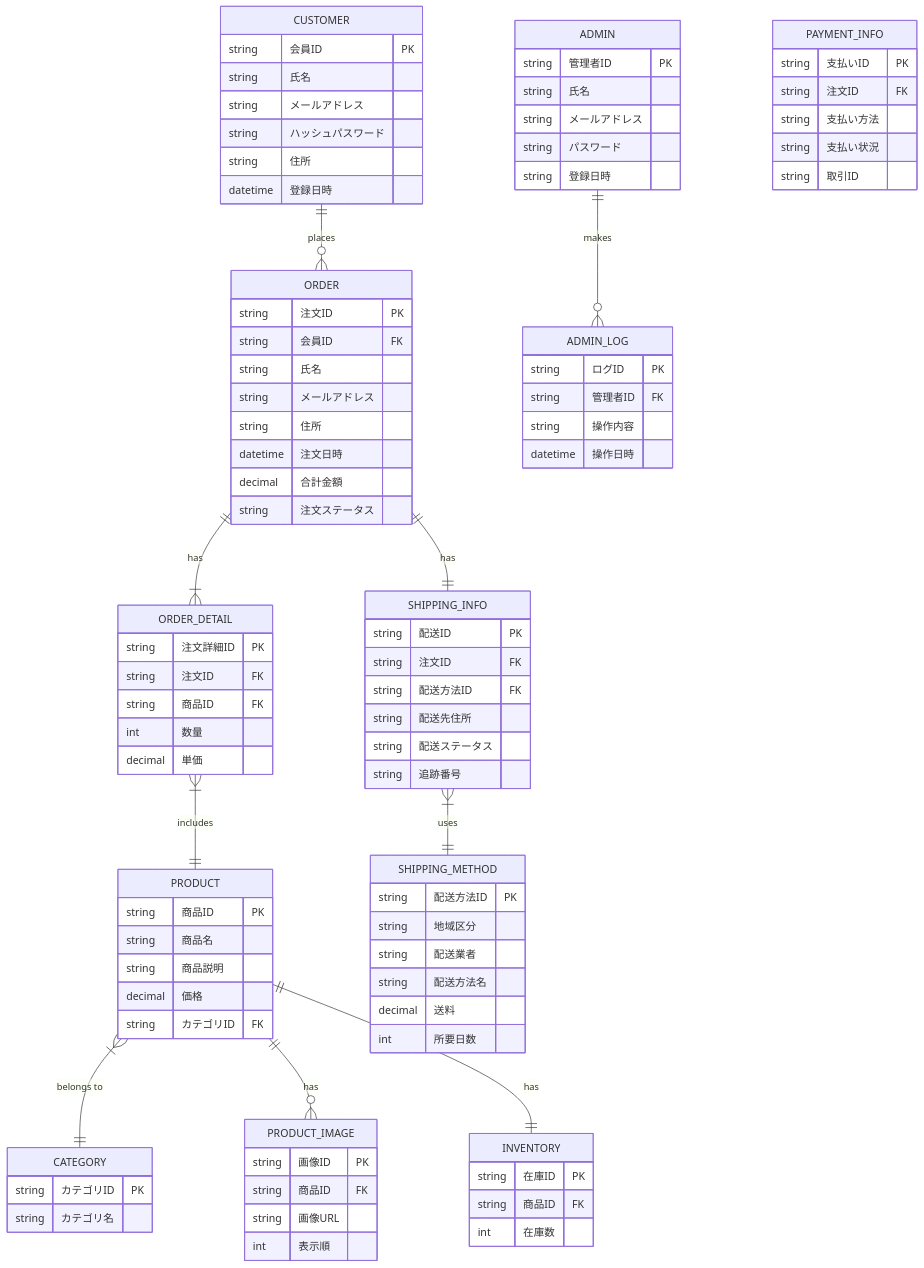
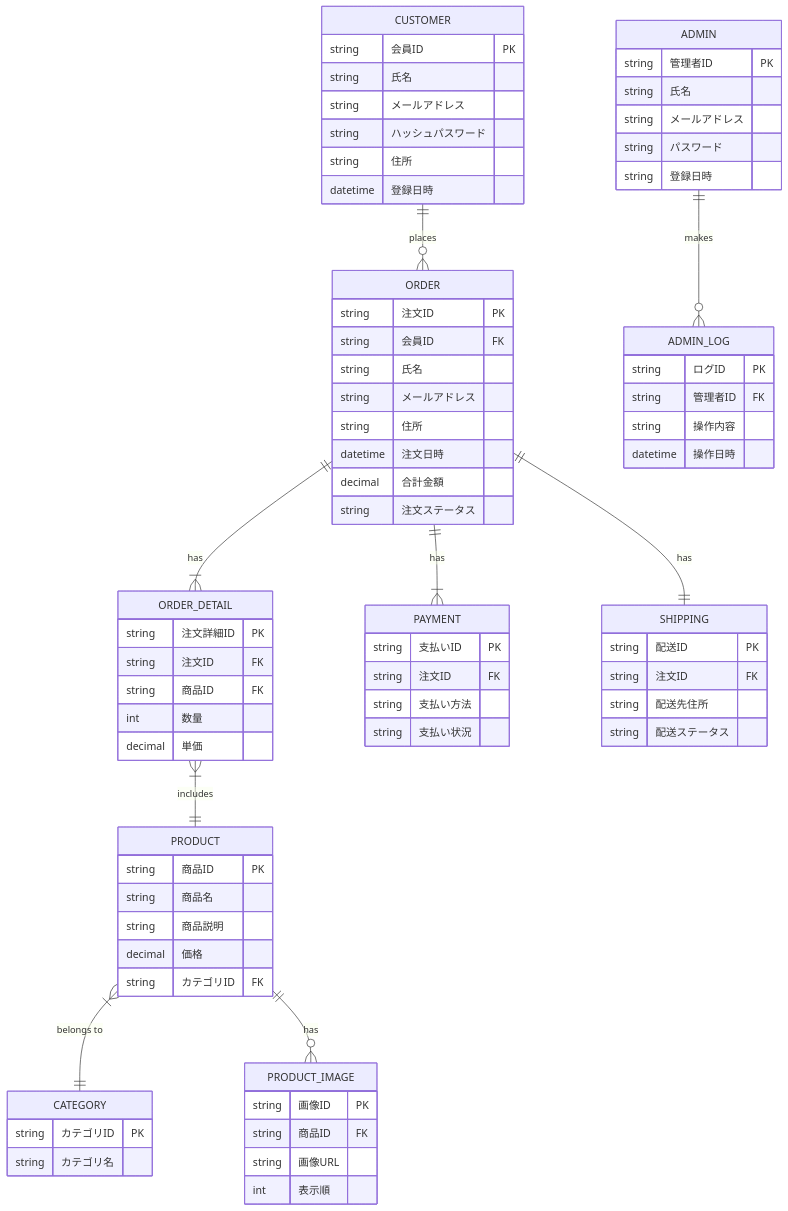
One commit to YUKlT0/Equipe changed the first of 5 diagrams in 基本設計/D.md. Above: the diagram before and after it, drawn with Mermaid. The commit also changed other lines of this file, not shown here.

Commit message:
ちょっと修正（要修正）

```diff
--- a/基本設計/D.md
+++ b/基本設計/D.md
@@ -7,12 +7,11 @@
 erDiagram
     CUSTOMER ||--o{ ORDER : "places"
     ORDER ||--|{ ORDER_DETAIL : "has"
+    ORDER ||--|{ PAYMENT : "has"
     ORDER_DETAIL }|--|| PRODUCT : "includes"
     PRODUCT }|--|| CATEGORY : "belongs to"
     PRODUCT ||--o{ PRODUCT_IMAGE : "has"
-    PRODUCT ||--|| INVENTORY : "has"
-    ORDER ||--|| SHIPPING_INFO : "has"
-    SHIPPING_INFO }|--|| SHIPPING_METHOD : "uses"
+    ORDER ||--|| SHIPPING : "has"
     ADMIN ||--o{ ADMIN_LOG : "makes"
 
     CUSTOMER {
@@ -64,12 +63,6 @@
         string カテゴリ名
     }
 
-    INVENTORY {
-        string 在庫ID PK
-        string 商品ID FK
-        int 在庫数
-    }
-
     PRODUCT_IMAGE {
         string 画像ID PK
         string 商品ID FK
@@ -77,22 +70,11 @@
         int 表示順
     }
 
-    SHIPPING_INFO {
+    SHIPPING {
         string 配送ID PK
         string 注文ID FK
-        string 配送方法ID FK
         string 配送先住所
         string 配送ステータス
-        string 追跡番号
-    }
-
-    SHIPPING_METHOD {
-        string 配送方法ID PK
-        string 地域区分
-        string 配送業者
-        string 配送方法名
-        decimal 送料
-        int 所要日数
     }
 
     ADMIN_LOG {
@@ -102,11 +84,10 @@
         datetime 操作日時
     }
 
-    PAYMENT_INFO {
+    PAYMENT {
         string 支払いID PK
         string 注文ID FK
         string 支払い方法
         string 支払い状況
-        string 取引ID
     }
 </div>
```
